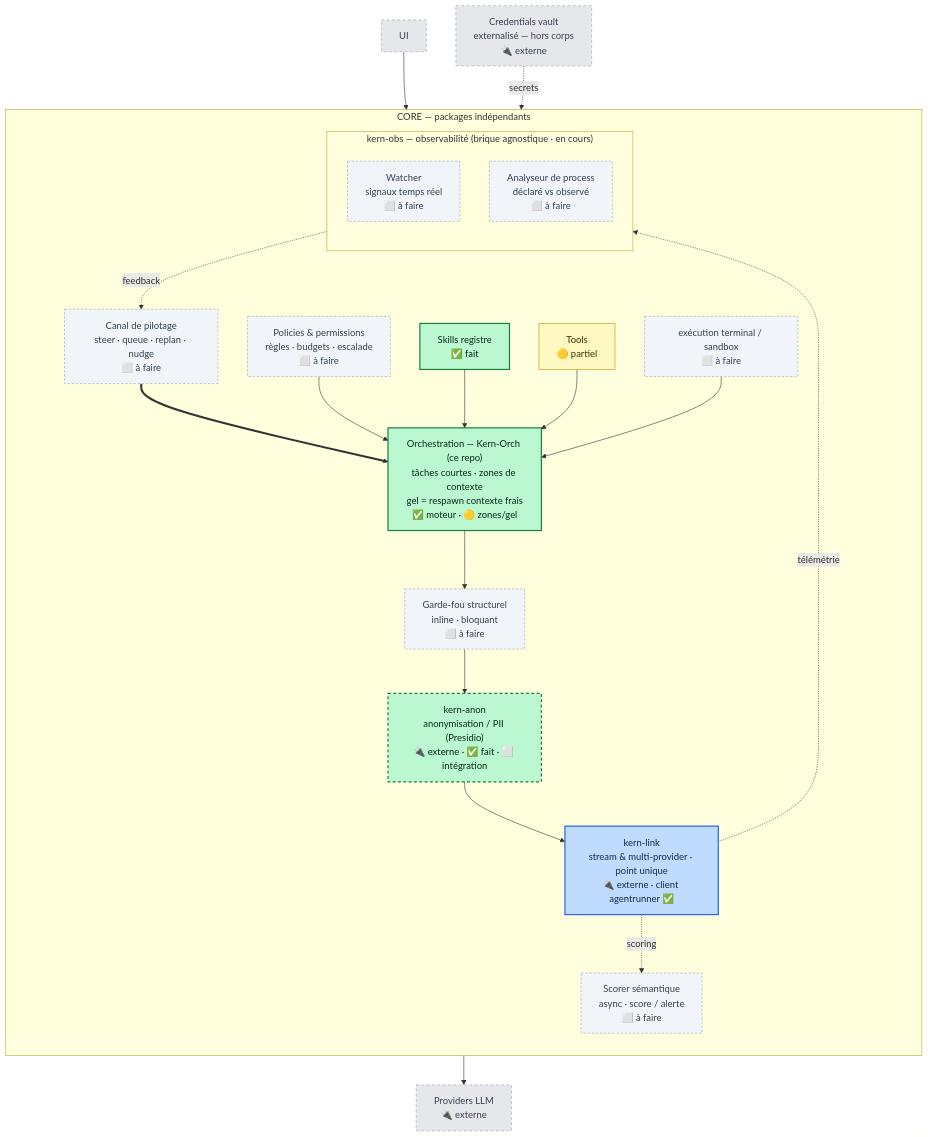
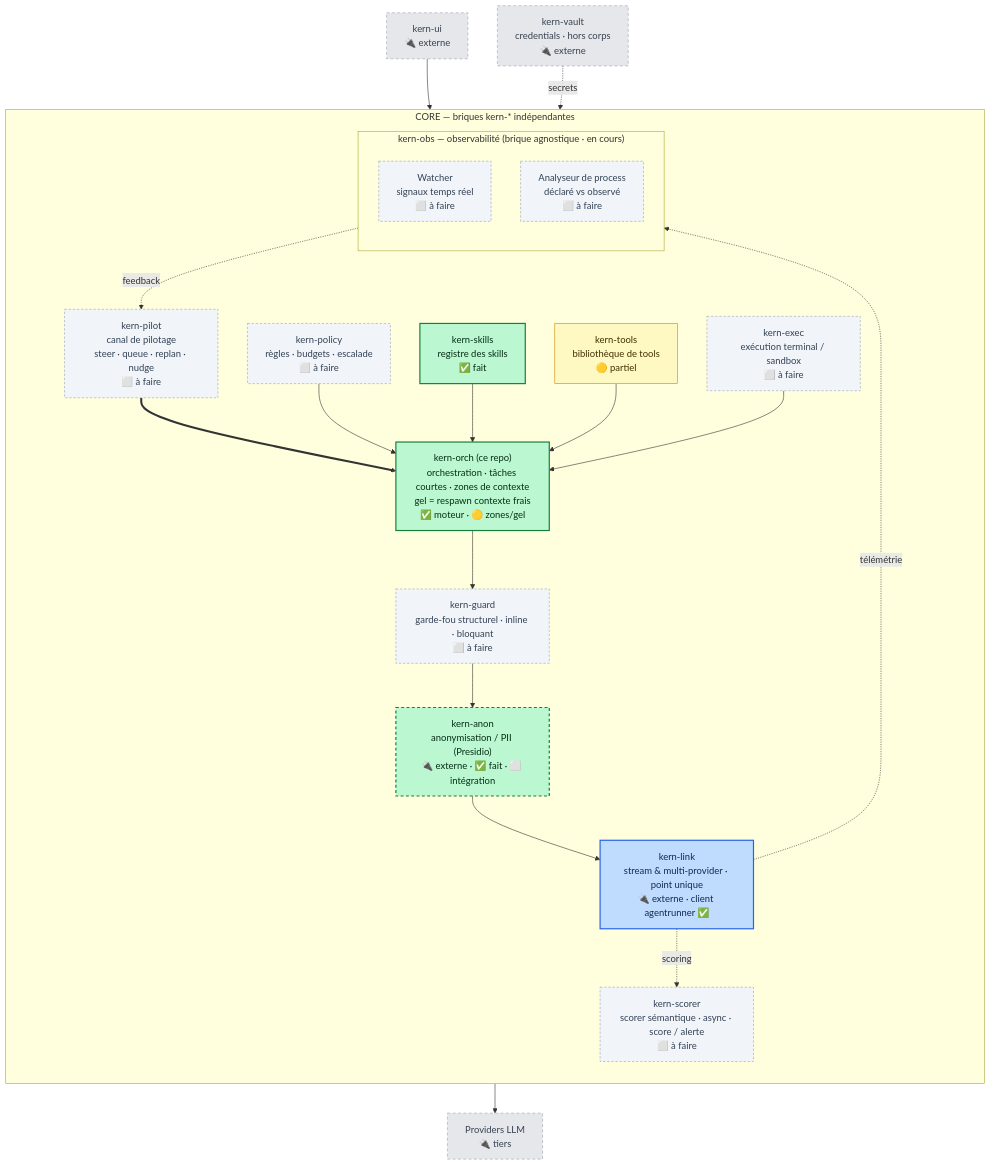
Before and after one commit to kern-ia/Kern-Orch: the diagram in ROADMAP.md, drawn with Mermaid. The commit also changed other lines of this file, not shown here.

First line of the commit message:
docs(roadmap): renomme tous les modules avec la convention kern-*

````diff
--- a/ROADMAP.md
+++ b/ROADMAP.md
@@ -39,46 +47,46 @@
 ```mermaid
 flowchart TB
-  UI["UI"]:::ext
+  UI["kern-ui<br/>🔌 externe"]:::ext
 
-  subgraph CORE["CORE — packages indépendants"]
+  subgraph CORE["CORE — briques kern-* indépendantes"]
     direction TB
-    PILOT["Canal de pilotage<br/>steer · queue · replan · nudge<br/>⬜ à faire"]:::todo
-    ORCH["Orchestration — Kern-Orch (ce repo)<br/>tâches courtes · zones de contexte<br/>gel = respawn contexte frais<br/>✅ moteur · 🟡 zones/gel"]:::done
-    SKILLS["Skills registre<br/>✅ fait"]:::done
-    TOOLS["Tools<br/>🟡 partiel"]:::partial
-    EXEC["exécution terminal / sandbox<br/>⬜ à faire"]:::todo
-    POL["Policies &amp; permissions<br/>règles · budgets · escalade<br/>⬜ à faire"]:::todo
-    GUARD["Garde-fou structurel<br/>inline · bloquant<br/>⬜ à faire"]:::todo
+    PILOT["kern-pilot<br/>canal de pilotage<br/>steer · queue · replan · nudge<br/>⬜ à faire"]:::todo
+    ORCH["kern-orch (ce repo)<br/>orchestration · tâches courtes · zones de contexte<br/>gel = respawn contexte frais<br/>✅ moteur · 🟡 zones/gel"]:::done
+    SKILLS["kern-skills<br/>registre des skills<br/>✅ fait"]:::done
+    TOOLS["kern-tools<br/>bibliothèque de tools<br/>🟡 partiel"]:::partial
+    EXEC["kern-exec<br/>exécution terminal / sandbox<br/>⬜ à faire"]:::todo
+    POL["kern-policy<br/>règles · budgets · escalade<br/>⬜ à faire"]:::todo
+    GUARD["kern-guard<br/>garde-fou structurel · inline · bloquant<br/>⬜ à faire"]:::todo
     PII["kern-anon<br/>anonymisation / PII (Presidio)<br/>🔌 externe · ✅ fait · ⬜ intégration"]:::extdone
     LINK["kern-link<br/>stream &amp; multi-provider · point unique<br/>🔌 externe · client agentrunner ✅"]:::link
-    SCORER["Scorer sémantique<br/>async · score / alerte<br/>⬜ à faire"]:::todo
+    SCORER["kern-scorer<br/>scorer sémantique · async · score / alerte<br/>⬜ à faire"]:::todo
 
     subgraph OBS["kern-obs — observabilité (brique agnostique · en cours)"]
       direction TB
       WATCH["Watcher<br/>signaux temps réel<br/>⬜ à faire"]:::todo
       ANA["Analyseur de process<br/>déclaré vs observé<br/>⬜ à faire"]:::todo
     end
   end
 
-  VAULT["Credentials vault<br/>externalisé — hors corps<br/>🔌 externe"]:::ext
-  PROV["Providers LLM<br/>🔌 externe"]:::ext
+  VAULT["kern-vault<br/>credentials · hors corps<br/>🔌 externe"]:::ext
+  PROV["Providers LLM<br/>🔌 tiers"]:::ext
 
   UI --> PILOT
   PILOT ==> ORCH
   POL --> ORCH
   SKILLS --> ORCH
   TOOLS --> ORCH
   EXEC --> ORCH
   ORCH --> GUARD --> PII --> LINK --> PROV
   OBS -. feedback .-> PILOT
   LINK -. télémétrie .-> OBS
   LINK -. scoring .-> SCORER
   VAULT -. secrets .-> LINK
 
   classDef done fill:#bbf7d0,stroke:#15803d,color:#052e16,stroke-width:2px;
   classDef partial fill:#fef9c3,stroke:#ca8a04,color:#3f2d02;
   classDef todo fill:#f1f5f9,stroke:#94a3b8,color:#334155,stroke-dasharray:4 3;
   classDef link fill:#bfdbfe,stroke:#2563eb,color:#0f2a52,stroke-width:2px;
   classDef extdone fill:#bbf7d0,stroke:#15803d,color:#052e16,stroke-width:2px,stroke-dasharray:5 4;
   classDef ext fill:#e5e7eb,stroke:#9ca3af,color:#374151,stroke-dasharray:5 4;
 ```
````
